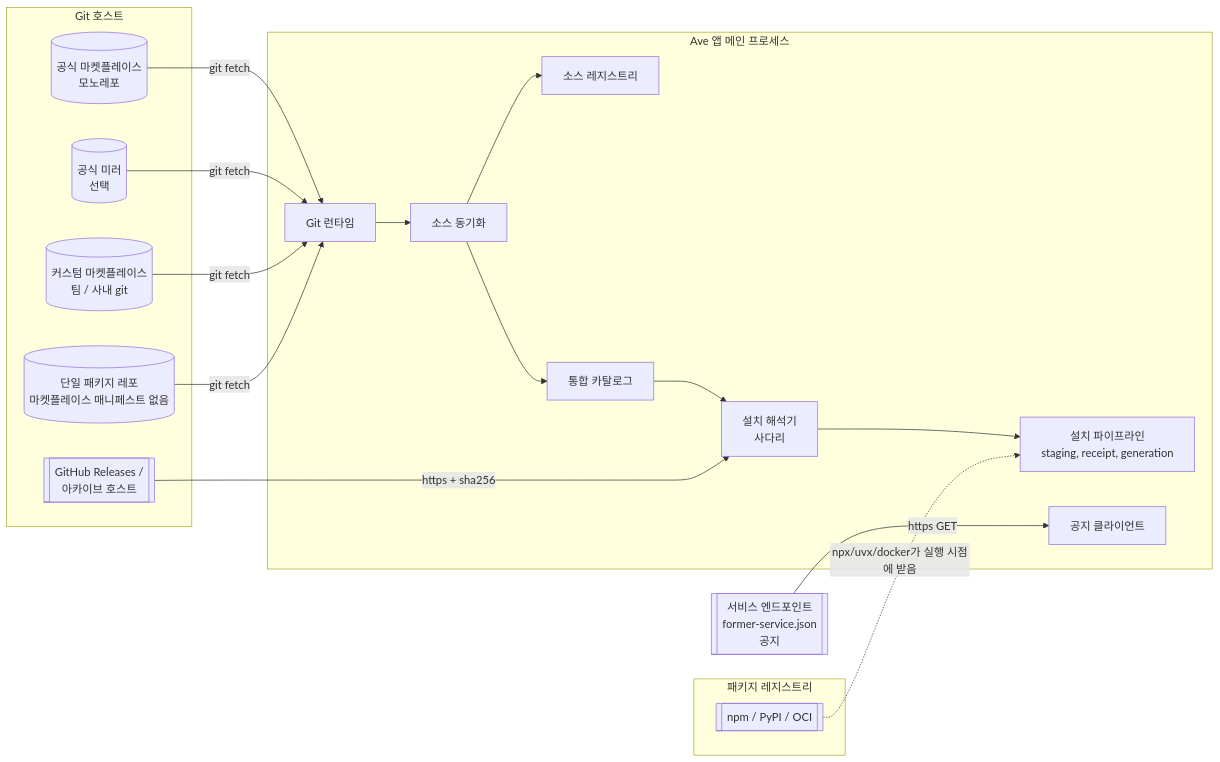
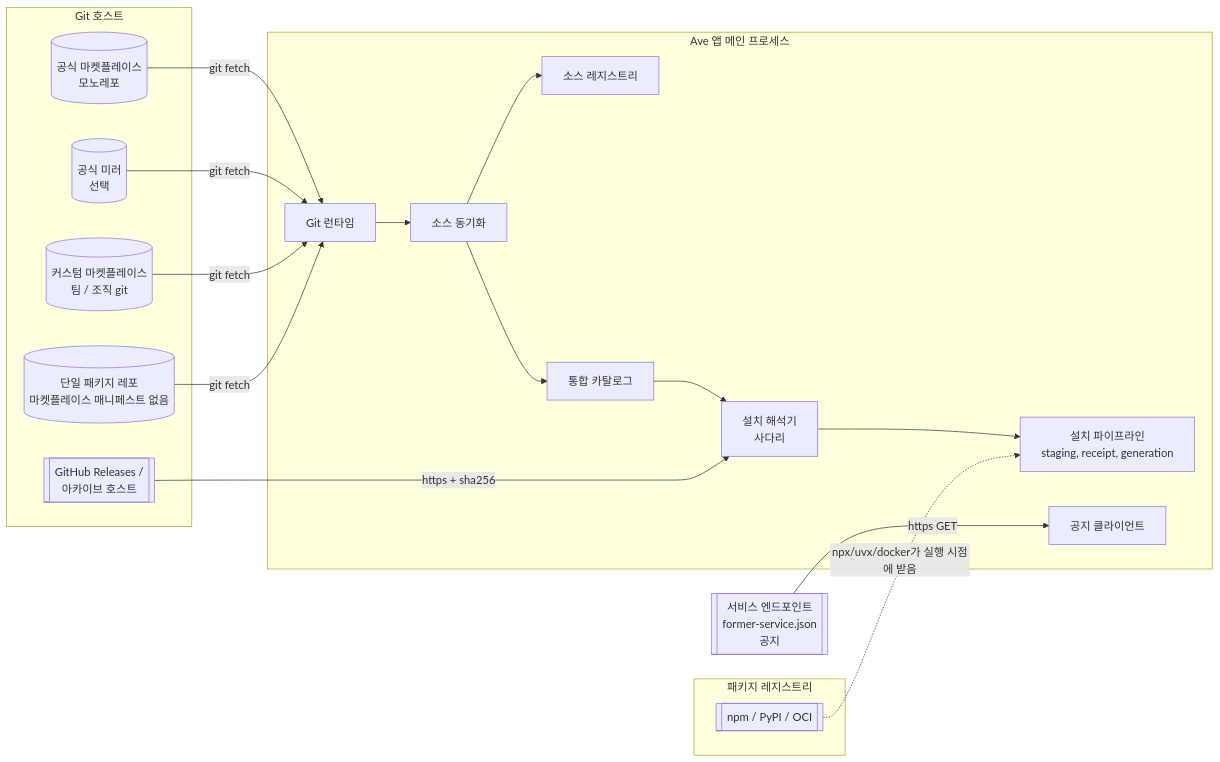
Before and after one commit to ken-jo/ave: the first of 2 diagrams in docs/ko/architecture/proposals/multi-source-git-marketplace.md, drawn with Mermaid. The commit also changed other lines of this file and 20 other files, not shown here.

````diff
--- a/docs/ko/architecture/proposals/multi-source-git-marketplace.md
+++ b/docs/ko/architecture/proposals/multi-source-git-marketplace.md
@@ -60,36 +60,36 @@
 ```mermaid
 flowchart LR
   subgraph Git 호스트
     OFF[(공식 마켓플레이스<br/>모노레포)]
     MIR[(공식 미러<br/>선택)]
-    TEAM[(커스텀 마켓플레이스<br/>팀 / 사내 git)]
+    TEAM[(커스텀 마켓플레이스<br/>팀 / 조직 git)]
     PKG[(단일 패키지 레포<br/>마켓플레이스 매니페스트 없음)]
     REL[[GitHub Releases /<br/>아카이브 호스트]]
   end
   subgraph 패키지 레지스트리
     NPM[[npm / PyPI / OCI]]
   end
   SVC[[서비스 엔드포인트<br/>former-service.json<br/>공지]]
 
   subgraph Ave 앱 메인 프로세스
     GR[Git 런타임]
     SR[소스 레지스트리]
     SY[소스 동기화]
     CAT[통합 카탈로그]
     RES[설치 해석기<br/>사다리]
     INS[설치 파이프라인<br/>staging, receipt, generation]
     ANN[공지 클라이언트]
   end
 
   OFF -- git fetch --> GR
   MIR -- git fetch --> GR
   TEAM -- git fetch --> GR
   PKG -- git fetch --> GR
   GR --> SY --> SR
   SY --> CAT
   CAT --> RES
   REL -- https + sha256 --> RES
   RES --> INS
   NPM -. npx/uvx/docker가 실행 시점에 받음 .-> INS
   SVC -- https GET --> ANN
 ```
````
